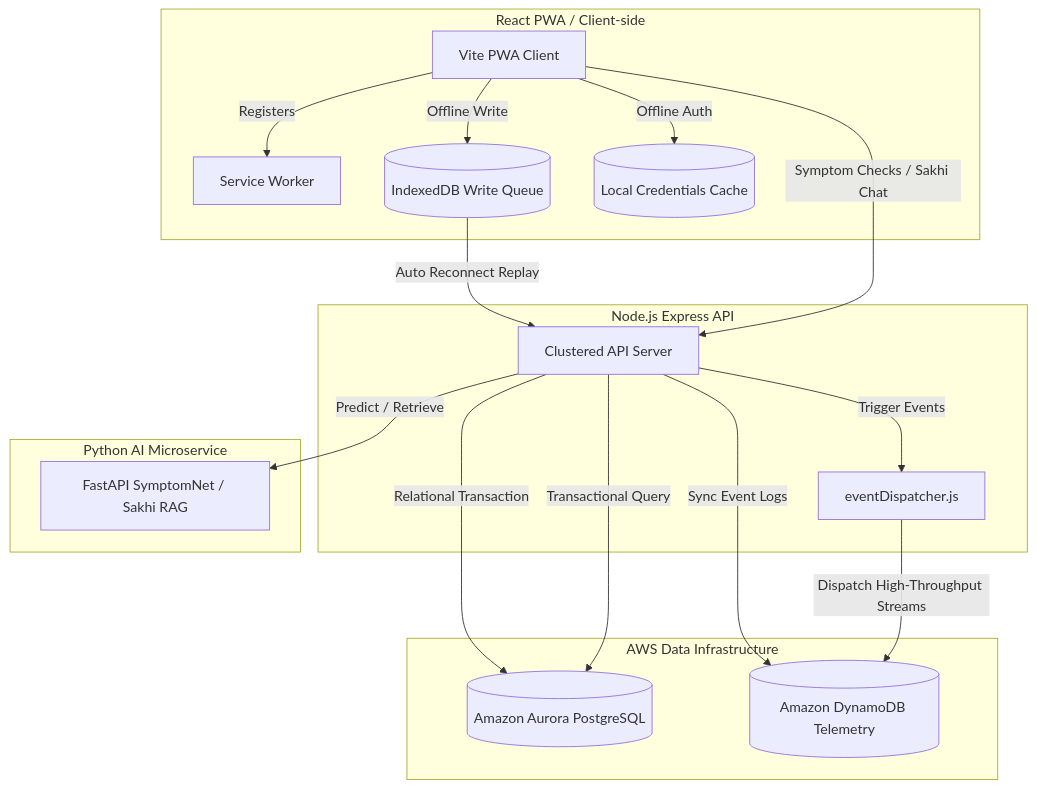
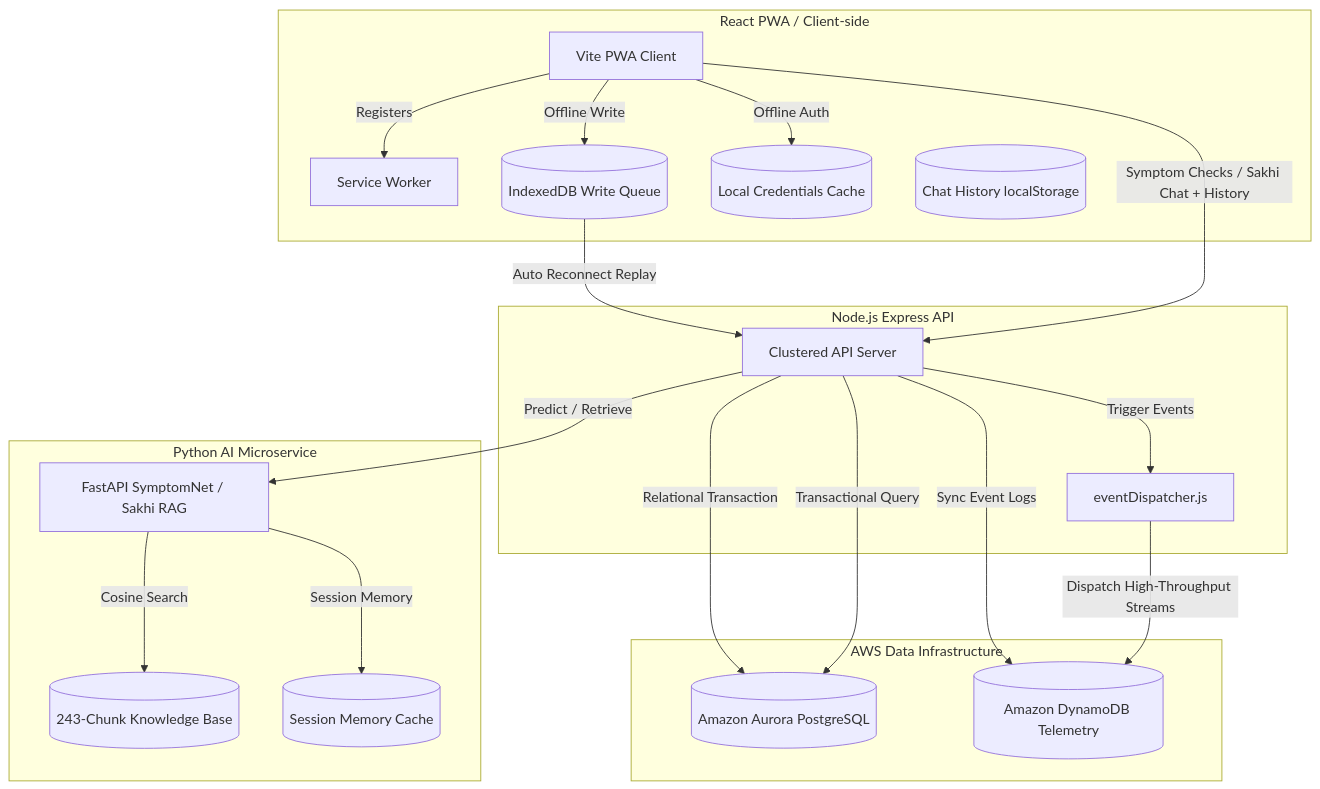
Before and after one commit to dgboy-ai/SwasthAI-Guardian-Platform: the first of 2 diagrams in README.md, drawn with Mermaid. The commit also changed other lines of this file and 9 other files, not shown here.

Commit message:
feat(rag): expand knowledge base to 243 chunks, add calibrated threshold & model cache, fix stale stats and secure gitignore

````diff
--- a/README.md
+++ b/README.md
@@ -210,40 +235,45 @@
 ```mermaid
 graph TD
   subgraph Frontend [React PWA / Client-side]
     PWA[Vite PWA Client]
     SW[Service Worker]
     IDB[(IndexedDB Write Queue)]
     LC[(Local Credentials Cache)]
+    CH[(Chat History localStorage)]
   end
 
   subgraph Backend [Node.js Express API]
     API[Clustered API Server]
     ED[eventDispatcher.js]
   end
 
   subgraph AWS [AWS Data Infrastructure]
     Aurora[(Amazon Aurora PostgreSQL)]
     Dynamo[(Amazon DynamoDB Telemetry)]
   end
 
   subgraph AI_Service [Python AI Microservice]
     AI[FastAPI SymptomNet / Sakhi RAG]
+    KB[(243-Chunk Knowledge Base)]
+    SC[(Session Memory Cache)]
   end
 
   %% Client Offline Loops
   PWA -->|Registers| SW
   PWA -->|Offline Write| IDB
   PWA -->|Offline Auth| LC
 
   %% Network Reconnect Sync Pipeline
   IDB -->|Auto Reconnect Replay| API
   API -->|Relational Transaction| Aurora
   API -->|Sync Event Logs| Dynamo
 
   %% Standard Online Flow
-  PWA -->|Symptom Checks / Sakhi Chat| API
+  PWA -->|Symptom Checks / Sakhi Chat + History| API
   API -->|Predict / Retrieve| AI
+  AI -->|Cosine Search| KB
+  AI -->|Session Memory| SC
   API -->|Transactional Query| Aurora
   ED -->|Dispatch High-Throughput Streams| Dynamo
   API -->|Trigger Events| ED
 ```
````
